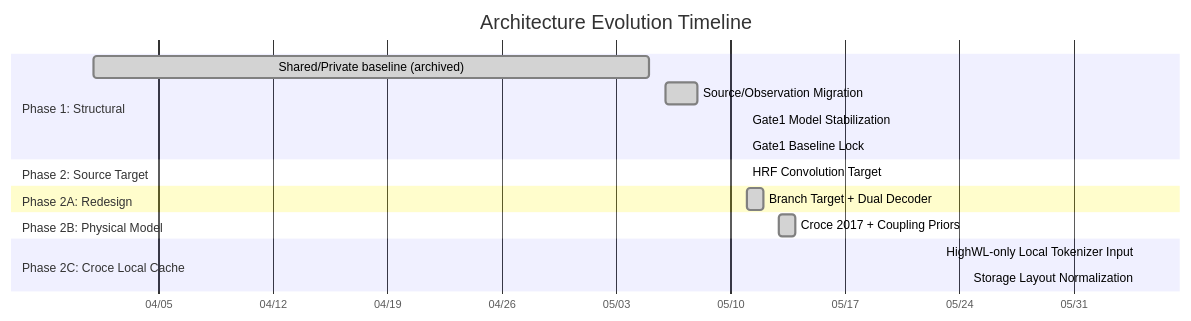
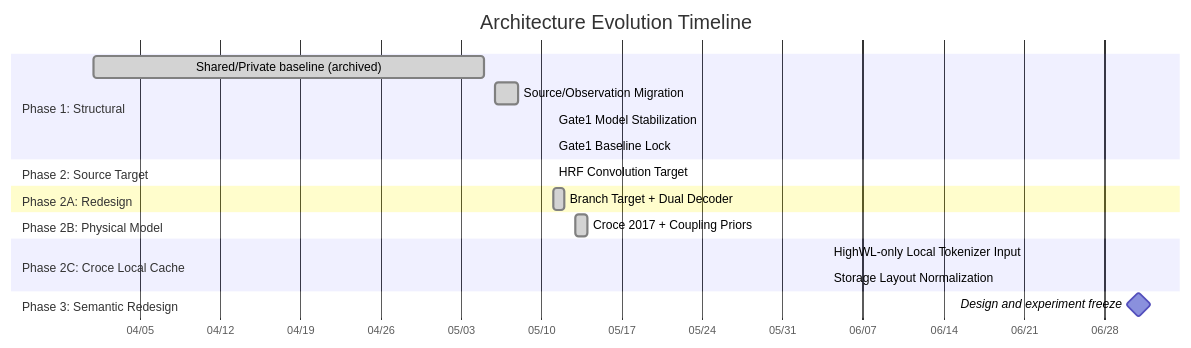
Before and after one commit to Kevin65536/PID-MCM: the diagram in docs/architecture_changelog/INDEX.md, drawn with Mermaid. The commit also changed other lines of this file and 13 other files, not shown here.

Commit message:
docs: freeze physiology-semantic tokenizer redesign

````diff
--- a/docs/architecture_changelog/INDEX.md
+++ b/docs/architecture_changelog/INDEX.md
@@ -11,20 +12,24 @@
 ```mermaid
 gantt
+    accTitle: Architecture evolution timeline
+    accDescr: The source observation lineage is complete through the Croce local runtime, followed by a planned physiology semantic tokenizer redesign.
     title Architecture Evolution Timeline
     dateFormat  YYYY-MM-DD
     axisFormat  %m/%d
     section Phase 1: Structural
         Shared/Private baseline (archived) :done, 2026-04-01, 2026-05-05
         Source/Observation Migration      :done, 2026-05-06, 2026-05-08
         Gate1 Model Stabilization         :done, 2026-05-11, 2026-05-11
         Gate1 Baseline Lock               :done, 2026-05-11, 2026-05-11
     section Phase 2: Source Target
         HRF Convolution Target            :done, 2026-05-11, 2026-05-11
     section Phase 2A: Redesign
         Branch Target + Dual Decoder      :done, 2026-05-11, 2026-05-12
     section Phase 2B: Physical Model
         Croce 2017 + Coupling Priors      :done, 2026-05-13, 2026-05-14
     section Phase 2C: Croce Local Cache
         HighWL-only Local Tokenizer Input :done, 2026-06-04, 2026-06-04
         Storage Layout Normalization      :done, 2026-06-04, 2026-06-04
+    section Phase 3: Semantic Redesign
+        Design and experiment freeze      :milestone, 2026-07-01, 0d
 ```
````
